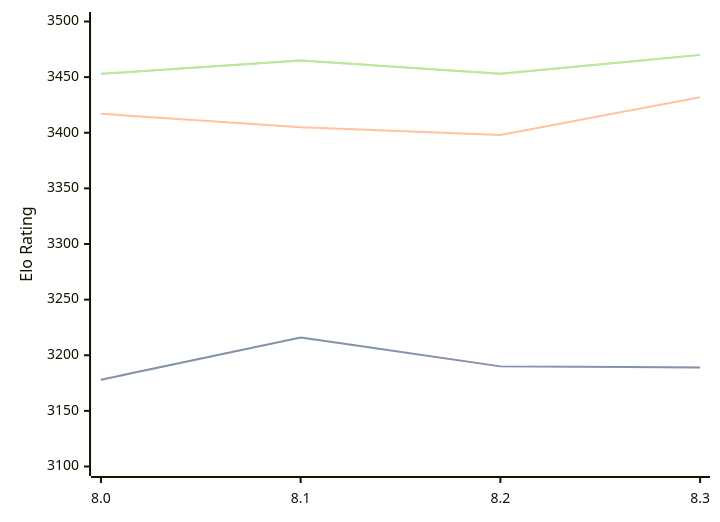
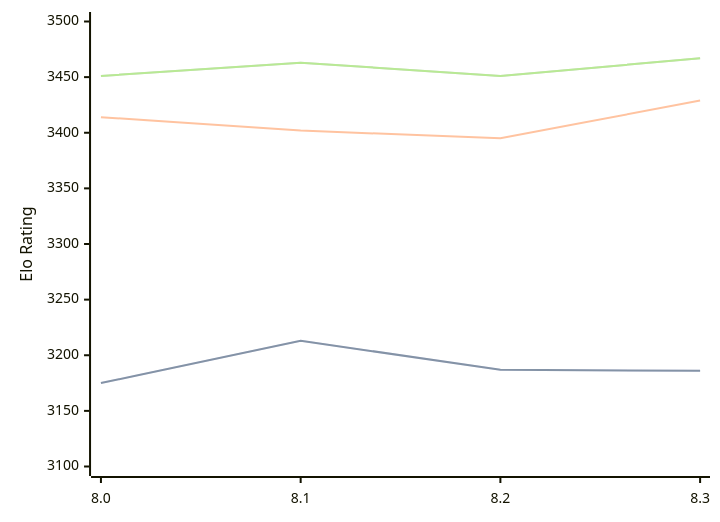
One commit to computer-chess-index/cci changed the diagram in engines/Alexander.md. Above: the diagram before and after it, drawn with Mermaid. The commit also changed other lines of this file, not shown here.

Commit message:
Update CCI Ratings (ELO VLTC) - 2026-04-23

````diff
--- a/engines/Alexander.md
+++ b/engines/Alexander.md
@@ -48,11 +48,11 @@
 ```mermaid
 %%{init: {"theme":"base","themeVariables":{"seriesColors:['#a3a3a3','#222221','#faa371']}}}%%
 xychart-beta
   x-axis ["8.0", "8.1", "8.2", "8.3"]
   y-axis "Elo Rating" 3100 --> 3500
-  line "STC (8.0+0.08s)" [3178, 3216, 3190, 3189]
-  line "STC (8.0+0.08s)" [3178, 3216, 3190, 3189]
-  line "LTC (60.0+0.60s)" [3417, 3405, 3398, 3432]
-  line "VLTC (2m24s+1.12s)" [3453, 3465, 3453, 3470]
-  line "VLTC (2m24s+1.12s)" [3453, 3465, 3453, 3470]
+  line "STC (8.0+0.08s)" [3175, 3213, 3187, 3186]
+  line "STC (8.0+0.08s)" [3175, 3213, 3187, 3186]
+  line "LTC (60.0+0.60s)" [3414, 3402, 3395, 3429]
+  line "VLTC (2m24s+1.12s)" [3451, 3463, 3451, 3467]
+  line "VLTC (2m24s+1.12s)" [3451, 3463, 3451, 3467]
 ```
````
